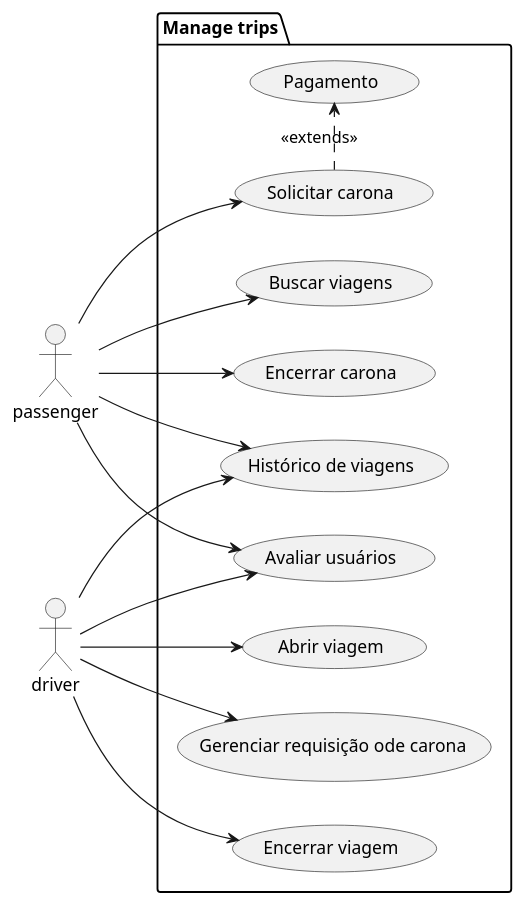
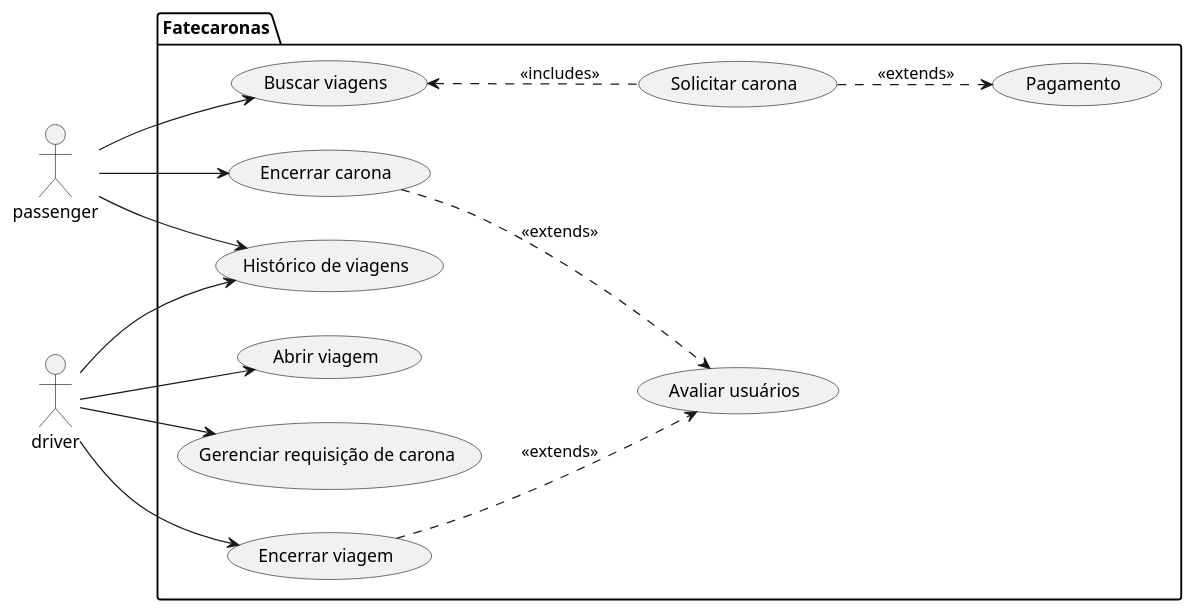
Before and after one commit to Vinicius0607/ProjetoES2: the diagram in uses_cases_fatecaronas.puml, drawn with PlantUML. The commit also changed 1 other file, not shown here.

```diff
--- a/uses_cases_fatecaronas.puml
+++ b/uses_cases_fatecaronas.puml
@@ -1,33 +1,34 @@
 @startuml Fatecaronas
 left to right direction
 
 ' Actors
 actor passenger as p
 actor driver as d
 
-package "Manage trips" {
+package "Fatecaronas" {
     ' Usecases
     usecase "Buscar viagens" as UC1
     usecase "Solicitar carona" as UC2
     usecase "Encerrar carona" as UC3
     usecase "Pagamento" as UC4
     usecase "Histórico de viagens" as UC5
     usecase "Avaliar usuários" as UC6
     usecase "Abrir viagem" as UC7
-    usecase "Gerenciar requisição ode carona" as UC8
+    usecase "Gerenciar requisição de carona" as UC8
     usecase "Encerrar viagem" as UC9
 }
 
 ' Relations
 p --> UC1
-p --> UC2
 p --> UC3
-p --> UC6
 p --> UC5
-UC2 .> UC4: <<extends>>
-d --> UC6
+UC1 <.. UC2: <<includes>>
+UC2 ..> UC4: <<extends>>
+UC3 ..> UC6: <<extends>>
+UC9 ..> UC6: <<extends>>
 d --> UC7
 d --> UC8
 d --> UC9
 d --> UC5
+
 @enduml
```
